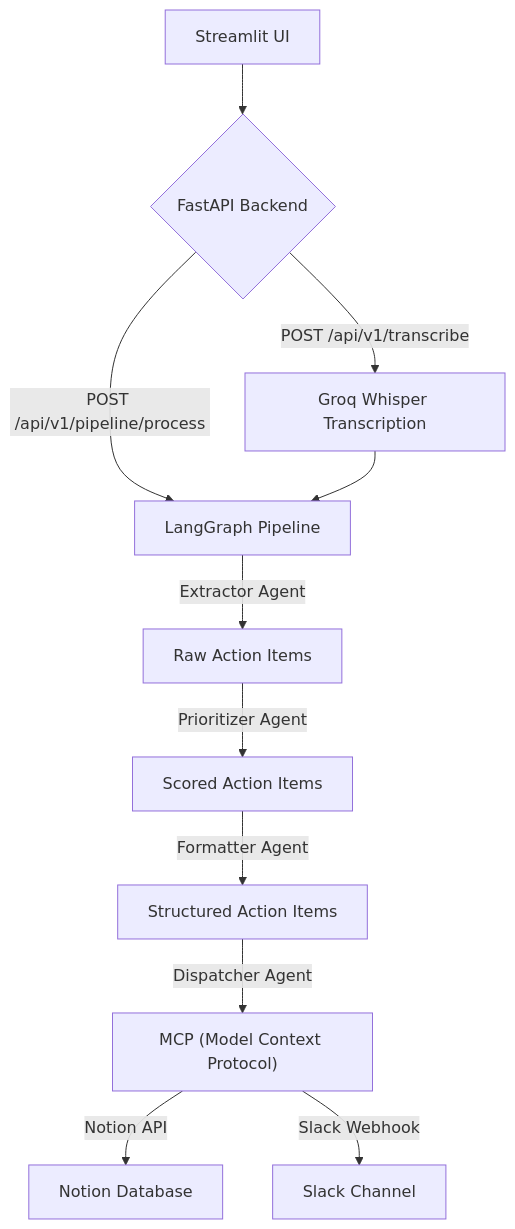
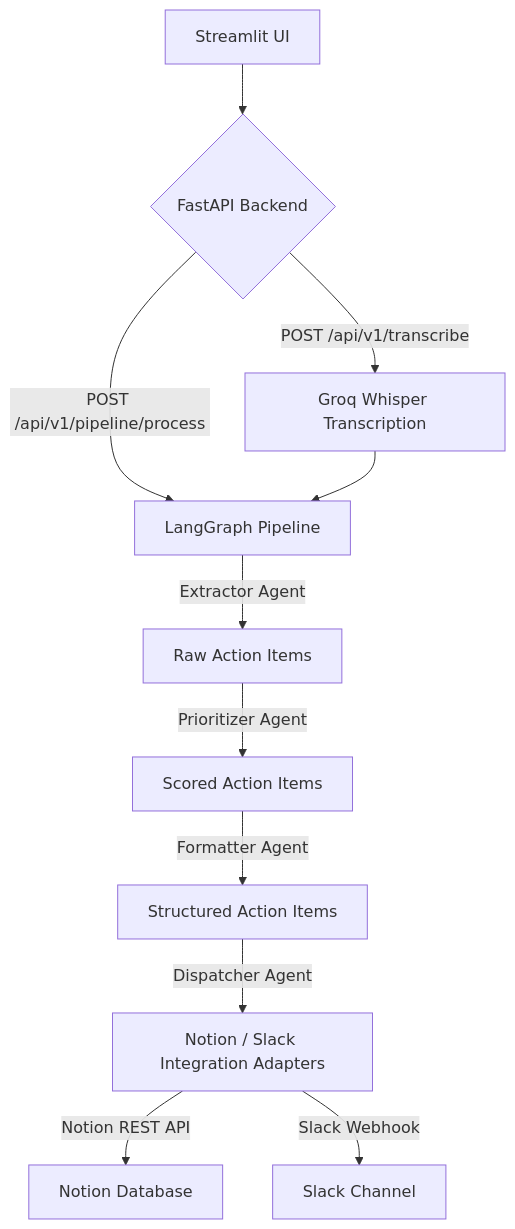
One commit to Liuzilu0913/ActionScribe changed the diagram in README.md. Above: the diagram before and after it, drawn with Mermaid. The commit also changed other lines of this file and 15 other files, not shown here.

````diff
--- a/README.md
+++ b/README.md
@@ -73,13 +73,13 @@
 ```mermaid
 graph TD
     A["Streamlit UI"] --> B{"FastAPI Backend"}
     B -- "POST /api/v1/transcribe" --> C["Groq Whisper Transcription"]
     B -- "POST /api/v1/pipeline/process" --> D["LangGraph Pipeline"]
     C --> D
     D -- "Extractor Agent" --> E["Raw Action Items"]
     E -- "Prioritizer Agent" --> F["Scored Action Items"]
     F -- "Formatter Agent" --> G["Structured Action Items"]
-    G -- "Dispatcher Agent" --> H["MCP (Model Context Protocol)"]
-    H -- "Notion API" --> I["Notion Database"]
+    G -- "Dispatcher Agent" --> H["Notion / Slack Integration Adapters"]
+    H -- "Notion REST API" --> I["Notion Database"]
     H -- "Slack Webhook" --> J["Slack Channel"]
 ```
````
